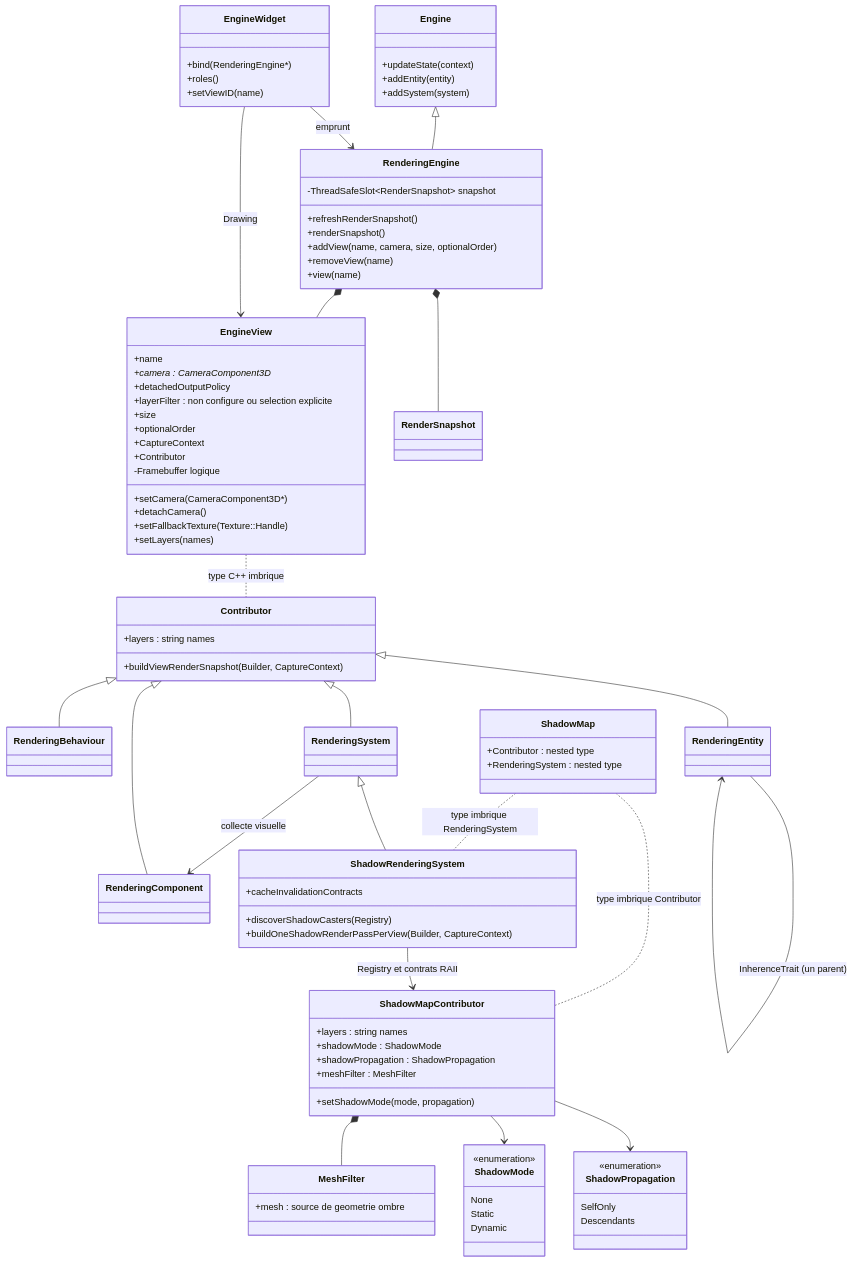
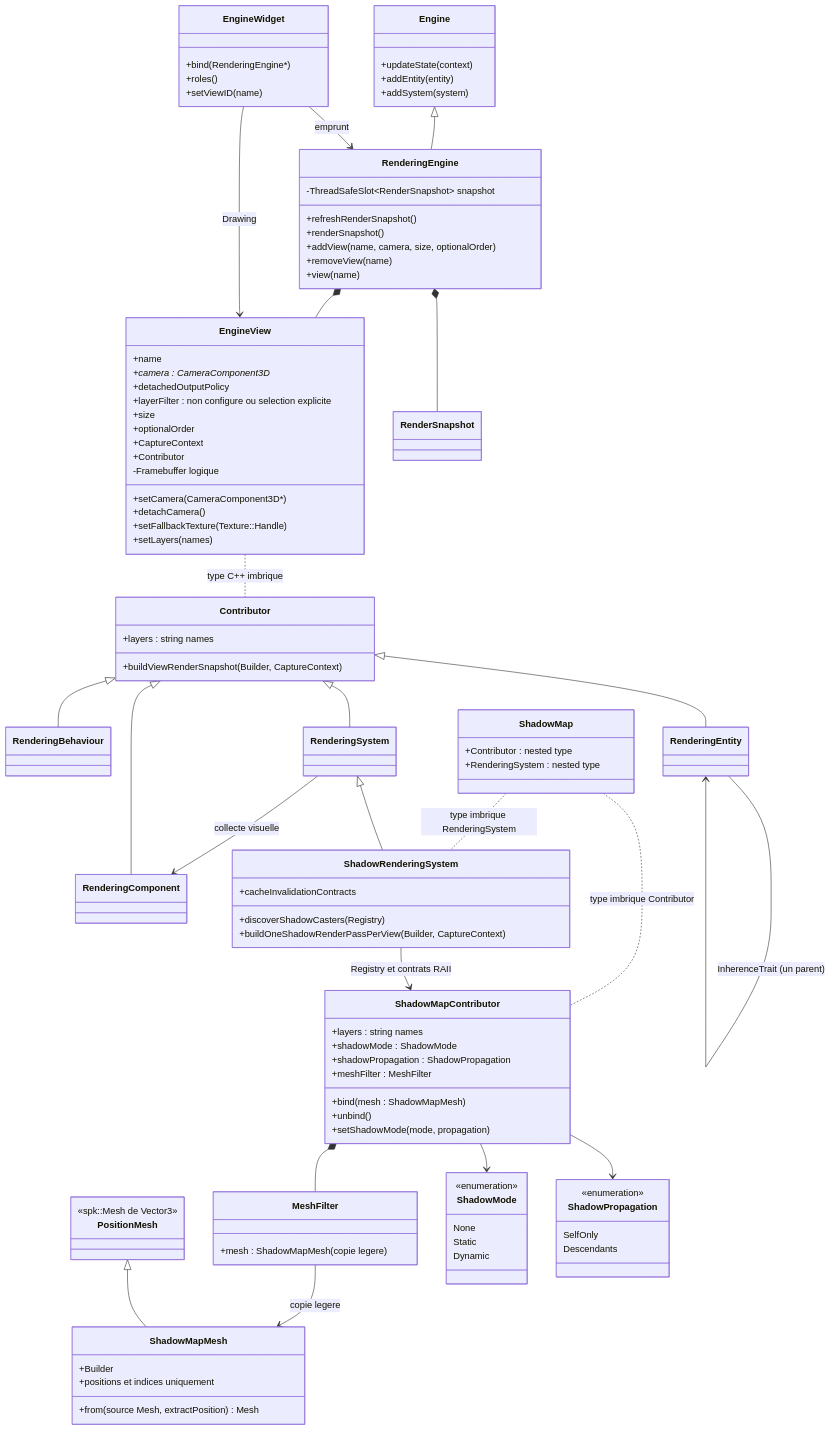
One commit to EreliaStudio/Sparkle changed the seventh of 22 diagrams in docs/voxel-engine-v0.1.4-specification.md. Above: the diagram before and after it, drawn with Mermaid. The commit also changed other lines of this file, not shown here.

Commit message:
docs(v0.1.4): document approved shadow mesh type and binding (A1)

```diff
--- a/docs/voxel-engine-v0.1.4-specification.md
+++ b/docs/voxel-engine-v0.1.4-specification.md
@@ -672,10 +673,20 @@
     +shadowMode : ShadowMode
     +shadowPropagation : ShadowPropagation
     +meshFilter : MeshFilter
+    +bind(mesh : ShadowMapMesh)
+    +unbind()
     +setShadowMode(mode, propagation)
   }
   class MeshFilter {
-    +mesh : source de geometrie ombre
+    +mesh : ShadowMapMesh (copie legere)
+  }
+  class ShadowMapMesh {
+    +Builder
+    +from(source Mesh, extractPosition) Mesh
+    +positions et indices uniquement
+  }
+  class PositionMesh {
+    <<spk::Mesh de Vector3>>
   }
   class ShadowRenderingSystem {
     +discoverShadowCasters(Registry)
@@ -696,6 +707,8 @@
   ShadowMap .. ShadowMapContributor : type imbrique Contributor
   ShadowMap .. ShadowRenderingSystem : type imbrique RenderingSystem
   ShadowMapContributor *-- MeshFilter
+  MeshFilter --> ShadowMapMesh : copie legere
+  PositionMesh <|-- ShadowMapMesh
   ShadowMapContributor --> ShadowMode
   ShadowMapContributor --> ShadowPropagation
   RenderingSystem <|-- ShadowRenderingSystem
```
